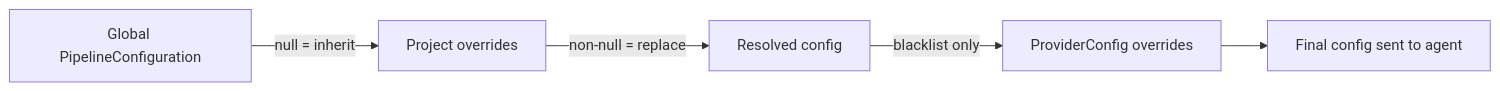
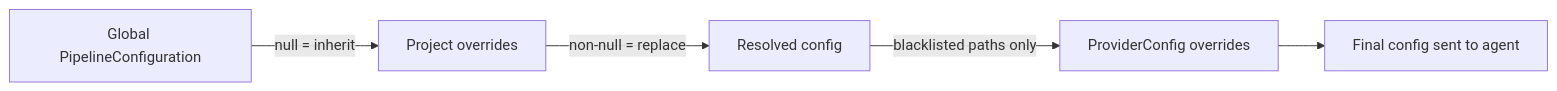
Before and after one commit to Chemsorly/coding-agent-automation: the first of 5 diagrams in docs/projects.md, drawn with Mermaid. The commit also changed other lines of this file and 43 other files, not shown here.

````diff
--- a/docs/projects.md
+++ b/docs/projects.md
@@ -18,7 +18,7 @@
 ```mermaid
 flowchart LR
     A[Global PipelineConfiguration] -->|null = inherit| B[Project overrides]
     B -->|non-null = replace| C[Resolved config]
-    C -->|blacklist only| D[ProviderConfig overrides]
+    C -->|blacklisted paths only| D[ProviderConfig overrides]
     D --> E[Final config sent to agent]
 ```
````
